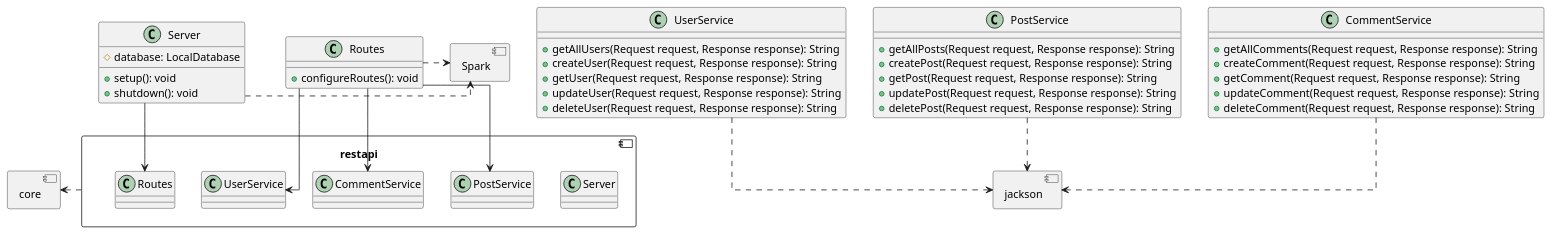
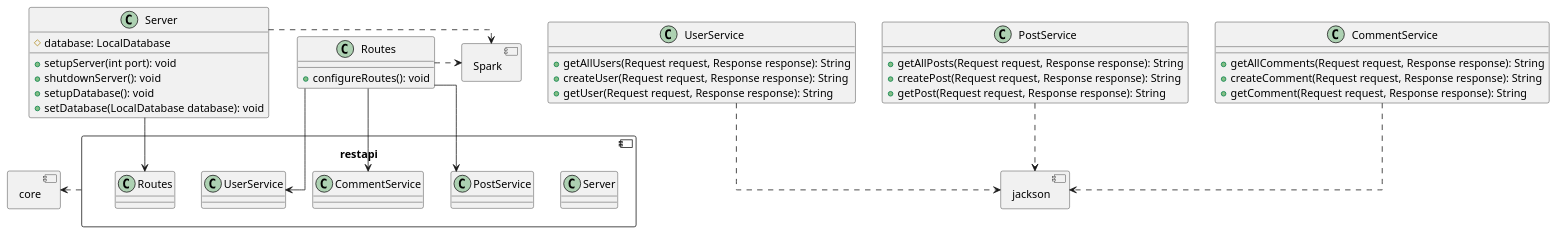
Before and after one commit to olepbr/it1901: the diagram in mememedb/restapi/README.md, drawn with PlantUML.

Commit message:
Updated class diagram for restapi

````diff
--- a/mememedb/restapi/README.md
+++ b/mememedb/restapi/README.md
@@ -5,70 +5,66 @@
 ```plantuml
 skinparam linetype ortho
 
 component restapi {
   class Server
   class Routes
   class UserService
   class PostService
   class CommentService
 }
 
 restapi .left.> core
 
 class Server {
-  +setup(): void
-  +shutdown(): void
+  +setupServer(int port): void
+  +shutdownServer(): void
+  +setupDatabase(): void
+  +setDatabase(LocalDatabase database): void
   #database: LocalDatabase
 }
 
 Server --> Routes
 Server .right.> Spark
 
 class Routes {
   +configureRoutes(): void
 }
 
 Routes --> UserService
 Routes --> PostService
 Routes --> CommentService
 Routes .right.> Spark
 
 class UserService {
   +getAllUsers(Request request, Response response): String
   +createUser(Request request, Response response): String
   +getUser(Request request, Response response): String
-  +updateUser(Request request, Response response): String
-  +deleteUser(Request request, Response response): String
 }
 
 UserService ..> jackson
 
 class PostService {
   +getAllPosts(Request request, Response response): String
   +createPost(Request request, Response response): String
   +getPost(Request request, Response response): String
-  +updatePost(Request request, Response response): String
-  +deletePost(Request request, Response response): String
 }
 
 PostService ..> jackson
 
 class CommentService {
   +getAllComments(Request request, Response response): String
   +createComment(Request request, Response response): String
   +getComment(Request request, Response response): String
-  +updateComment(Request request, Response response): String
-  +deleteComment(Request request, Response response): String
 }
 
 CommentService ..> jackson
 
 component jackson {
 }
 
 component Spark {
 }
 
 component core {
 }
 ```
````
